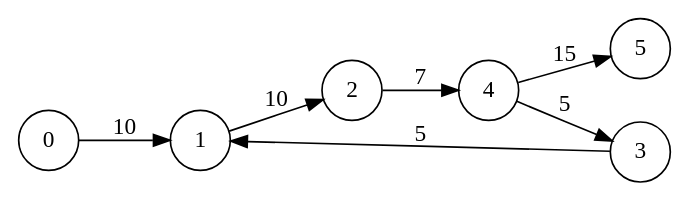
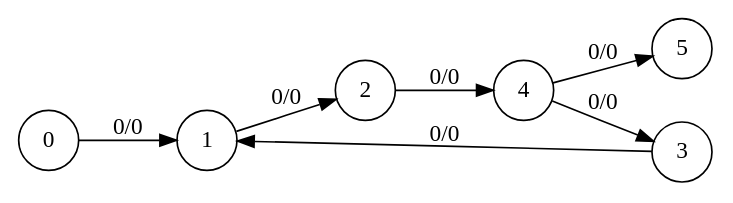
The diagram in graphs/graph2.dot (aurelienmichaud/ocaml-ford-fulkerson), drawn with Graphviz before and after one commit. The commit also changed 23 other files, not shown here.

Commit message:
repair export and tested flownet svg on flownet10

```diff
--- a/graphs/graph2.dot
+++ b/graphs/graph2.dot
@@ -1,11 +1,10 @@
 digraph finite_state_machine {
 	rankdir=LR;
-	size="8,5"
 	node [shape = circle];
-	0 -> 1 [ label = "10" ];
-	4 -> 5 [ label = "15" ];
-	4 -> 3 [ label = "5" ];
-	2 -> 4 [ label = "7" ];
-	1 -> 2 [ label = "10" ];
-	3 -> 1 [ label = "5" ];
+	0 -> 1 [ label = "0/0" ];
+	4 -> 5 [ label = "0/0" ];
+	4 -> 3 [ label = "0/0" ];
+	2 -> 4 [ label = "0/0" ];
+	1 -> 2 [ label = "0/0" ];
+	3 -> 1 [ label = "0/0" ];
 }
```
